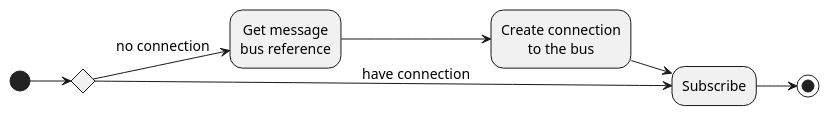
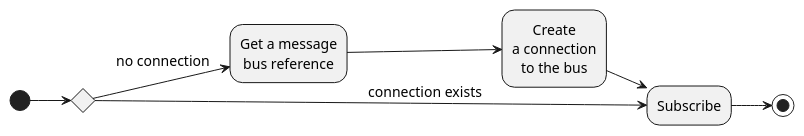
One commit to JetBrains/intellij-sdk-docs changed the fourth of 8 diagrams in topics/reference_guide/messaging_infrastructure.md. Above: the diagram before and after it, drawn with PlantUML. The commit also changed other lines of this file and 15 other files, not shown here.

Commit message:
Switch to inline diagrams

````diff
--- a/topics/reference_guide/messaging_infrastructure.md
+++ b/topics/reference_guide/messaging_infrastructure.md
@@ -163,22 +145,22 @@
 ```plantuml
 @startuml
 
 skinparam monochrome true
-skinparam DefaultFontName JetBrains Sans,sans-serif
+skinparam DefaultFontName JetBrains Sans
 skinparam DefaultFontSize 14
 skinparam DefaultTextAlignment center
 skinparam ActivityBorderThickness 1
 
 left to right direction
 
 ' Define the activity
 (*) --> if "" then
-  --> [no connection] "Get message\nbus reference"
-  --> "Create connection\nto the bus"
+  --> [no connection] "Get a message\nbus reference"
+  --> "Create\na connection\nto the bus"
   --> "Subscribe"
 else
-  --> [have connection] "Subscribe"
+  --> [connection exists] "Subscribe"
 endif
 --> (*)
 @enduml
 ```
````
